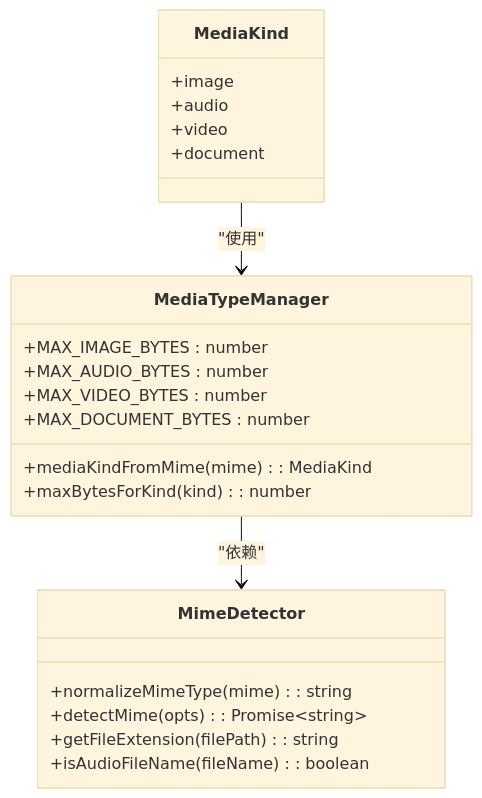
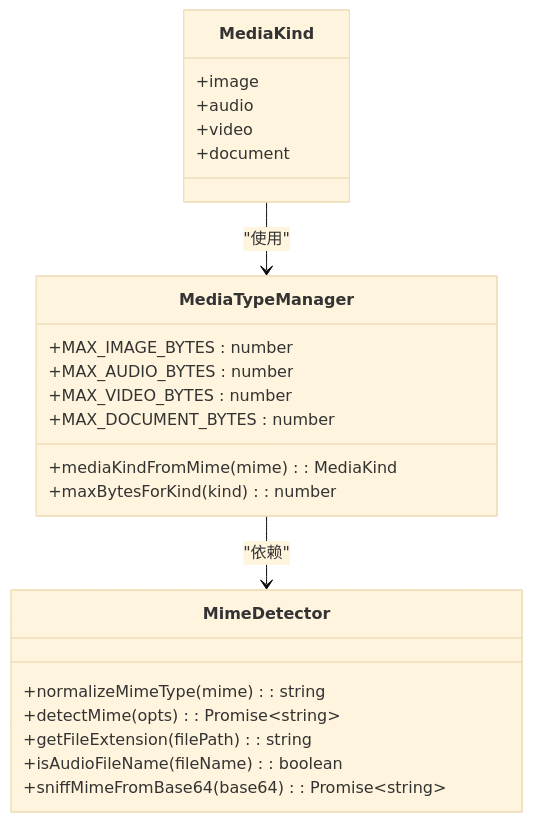
One commit to verse-ai-org/openclaw changed the second of 11 diagrams in .qoder/repowiki/zh/content/Web界面/WebChat界面/聊天附件处理系统.md. Above: the diagram before and after it, drawn with Mermaid (base theme). The commit also changed other lines of this file and 18 other files, not shown here.

````diff
--- a/.qoder/repowiki/zh/content/Web界面/WebChat界面/聊天附件处理系统.md
+++ b/.qoder/repowiki/zh/content/Web界面/WebChat界面/聊天附件处理系统.md
@@ -99,25 +117,26 @@
 ```mermaid
 classDiagram
 class MediaKind {
 +image
 +audio
 +video
 +document
 }
 class MediaTypeManager {
 +MAX_IMAGE_BYTES : number
 +MAX_AUDIO_BYTES : number
 +MAX_VIDEO_BYTES : number
 +MAX_DOCUMENT_BYTES : number
 +mediaKindFromMime(mime) : MediaKind
 +maxBytesForKind(kind) : number
 }
 class MimeDetector {
 +normalizeMimeType(mime) : string
 +detectMime(opts) : Promise~string~
 +getFileExtension(filePath) : string
 +isAudioFileName(fileName) : boolean
++sniffMimeFromBase64(base64) : Promise~string~
 }
 MediaKind --> MediaTypeManager : "使用"
 MediaTypeManager --> MimeDetector : "依赖"
 ```
````
